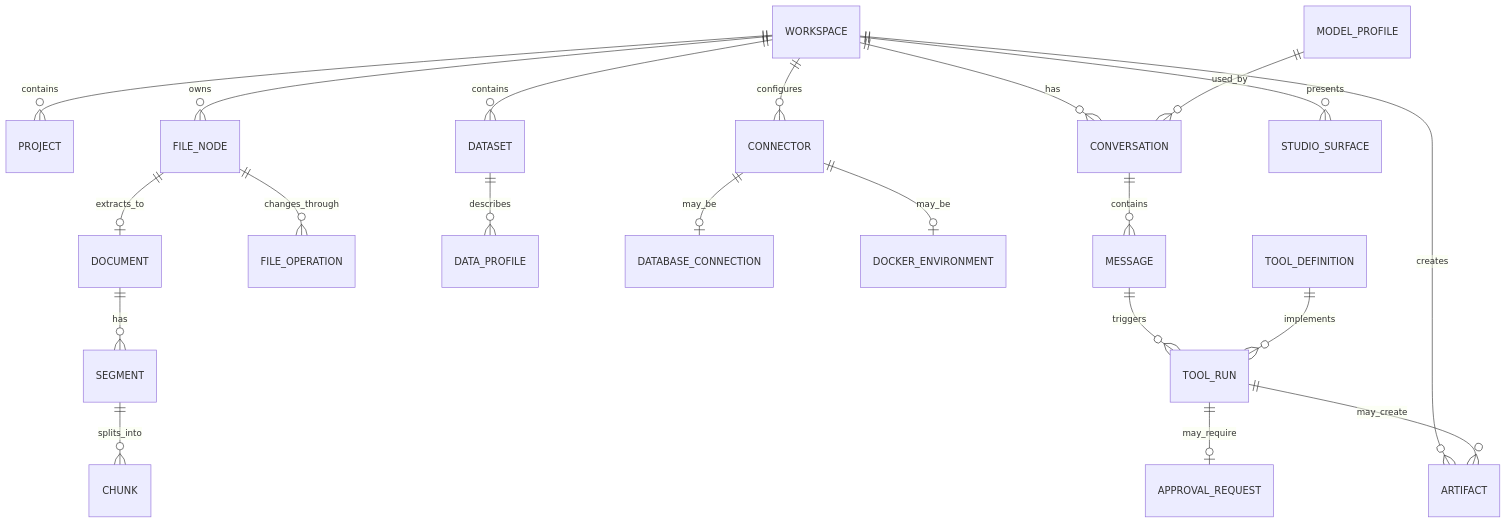
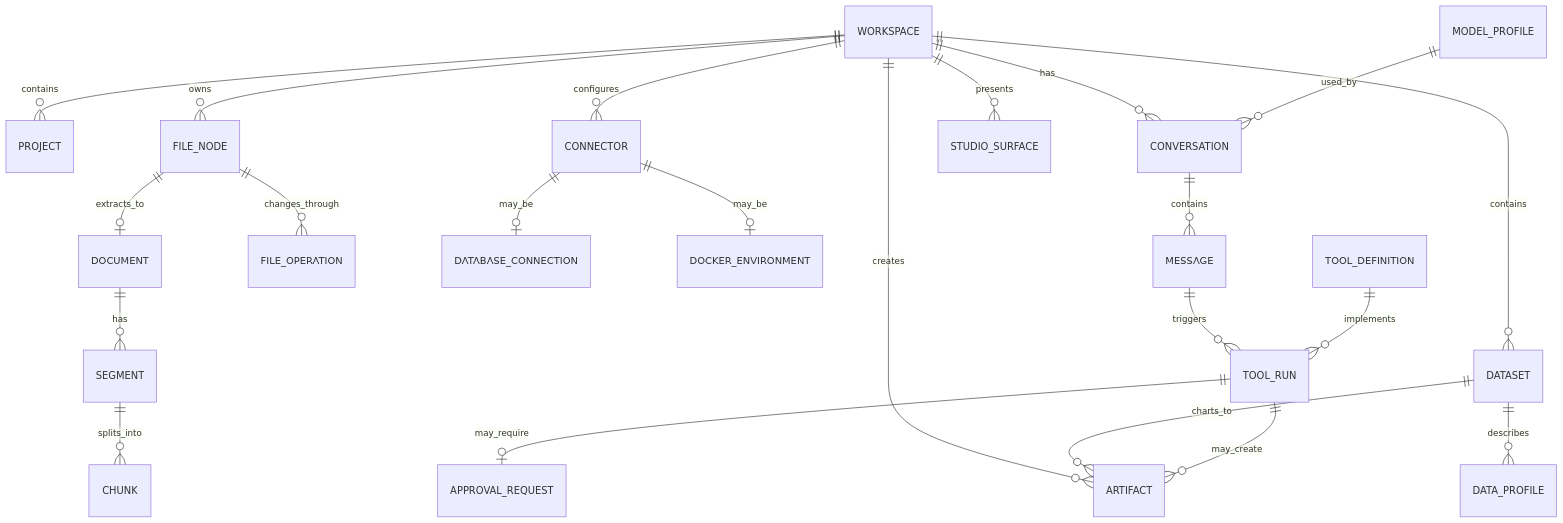
The diagram in docs/03_DOMAIN_MODEL.md (RCooLeR/NexusDesk), drawn with Mermaid before and after one commit. The commit also changed other lines of this file and 19 other files, not shown here.

Commit message:
Add CSV chart artifacts

````diff
--- a/docs/03_DOMAIN_MODEL.md
+++ b/docs/03_DOMAIN_MODEL.md
@@ -460,28 +471,29 @@
 ```mermaid
 erDiagram
   WORKSPACE ||--o{ PROJECT : contains
   WORKSPACE ||--o{ FILE_NODE : owns
   WORKSPACE ||--o{ CONVERSATION : has
   WORKSPACE ||--o{ CONNECTOR : configures
   WORKSPACE ||--o{ DATASET : contains
   WORKSPACE ||--o{ ARTIFACT : creates
   WORKSPACE ||--o{ STUDIO_SURFACE : presents
 
   FILE_NODE ||--o| DOCUMENT : extracts_to
   FILE_NODE ||--o{ FILE_OPERATION : changes_through
   DOCUMENT ||--o{ SEGMENT : has
   SEGMENT ||--o{ CHUNK : splits_into
 
   DATASET ||--o{ DATA_PROFILE : describes
+  DATASET ||--o{ ARTIFACT : charts_to
 
   CONNECTOR ||--o| DATABASE_CONNECTION : may_be
   CONNECTOR ||--o| DOCKER_ENVIRONMENT : may_be
 
   CONVERSATION ||--o{ MESSAGE : contains
   MESSAGE ||--o{ TOOL_RUN : triggers
   TOOL_DEFINITION ||--o{ TOOL_RUN : implements
   TOOL_RUN ||--o| APPROVAL_REQUEST : may_require
   TOOL_RUN ||--o{ ARTIFACT : may_create
 
   MODEL_PROFILE ||--o{ CONVERSATION : used_by
 ```
````
